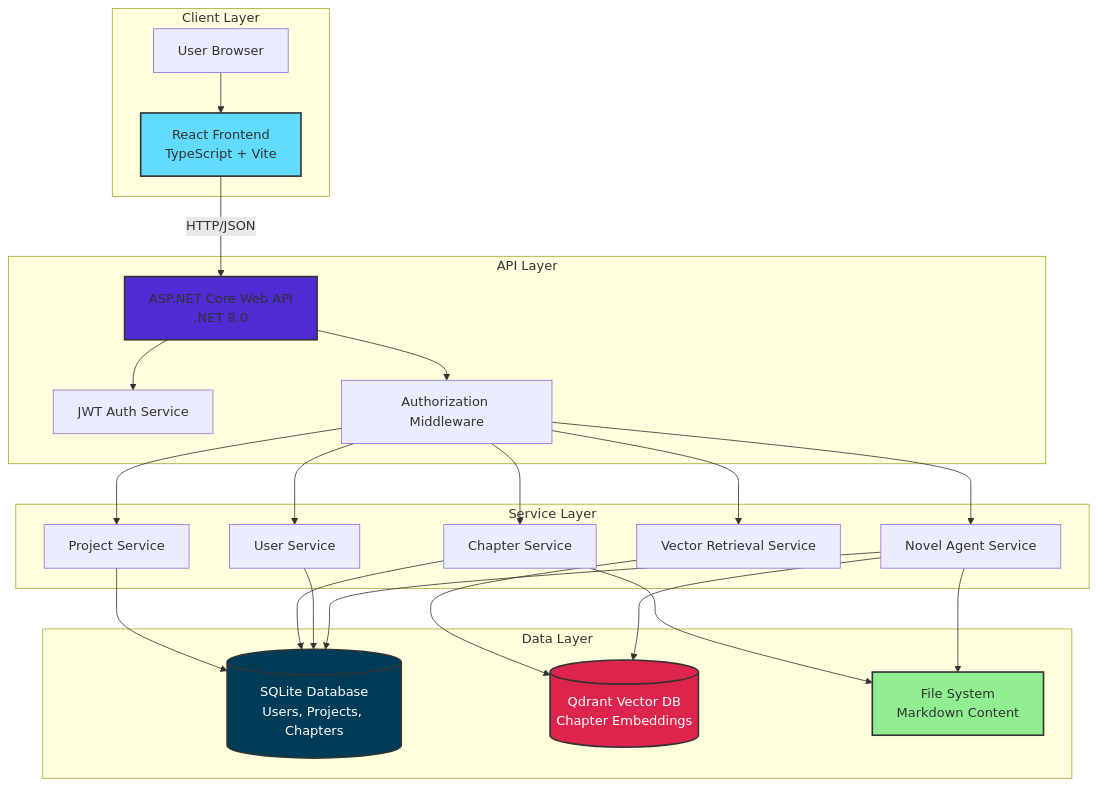
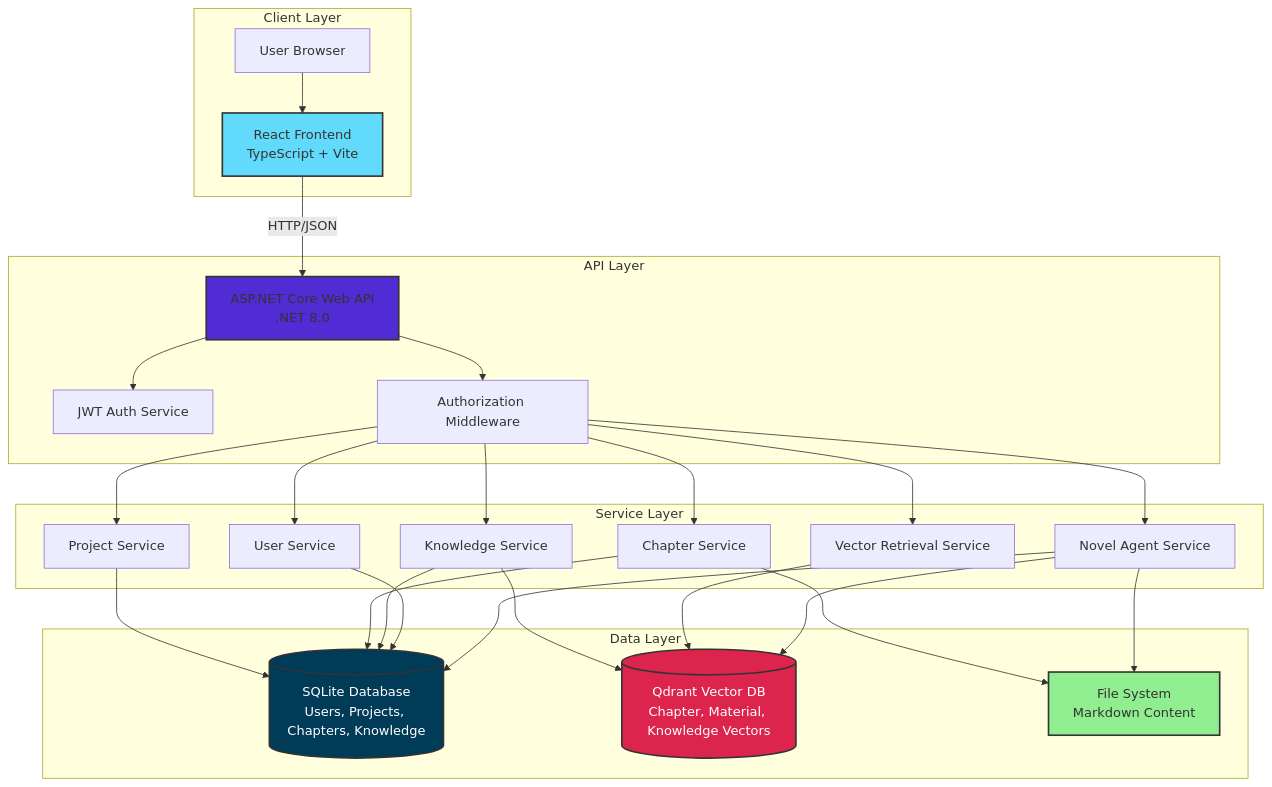
Before and after one commit to lyston11/tianming-agentic-novel-studio: the diagram in Docs/ARCHITECTURE.md, drawn with Mermaid. The commit also changed other lines of this file and 12 other files, not shown here.

````diff
--- a/Docs/ARCHITECTURE.md
+++ b/Docs/ARCHITECTURE.md
@@ -7,52 +7,56 @@
 ```mermaid
 graph TB
     subgraph "Client Layer"
         User[User Browser]
         React[React Frontend<br/>TypeScript + Vite]
     end
     
     subgraph "API Layer"
         API[ASP.NET Core Web API<br/>.NET 8.0]
         Auth[JWT Auth Service]
         Middleware[Authorization Middleware]
     end
     
     subgraph "Service Layer"
         ProjectSvc[Project Service]
         ChapterSvc[Chapter Service]
+        KnowledgeSvc[Knowledge Service]
         VectorSvc[Vector Retrieval Service]
         AgentSvc[Novel Agent Service]
         UserSvc[User Service]
     end
     
     subgraph "Data Layer"
-        SQLite[(SQLite Database<br/>Users, Projects, Chapters)]
-        Qdrant[(Qdrant Vector DB<br/>Chapter Embeddings)]
+        SQLite[(SQLite Database<br/>Users, Projects, Chapters, Knowledge)]
+        Qdrant[(Qdrant Vector DB<br/>Chapter, Material, Knowledge Vectors)]
         Files[File System<br/>Markdown Content]
     end
     
     User --> React
     React -->|HTTP/JSON| API
     API --> Auth
     API --> Middleware
     Middleware --> ProjectSvc
     Middleware --> ChapterSvc
+    Middleware --> KnowledgeSvc
     Middleware --> VectorSvc
     Middleware --> AgentSvc
     Middleware --> UserSvc
     
     ProjectSvc --> SQLite
     ChapterSvc --> SQLite
     ChapterSvc --> Files
+    KnowledgeSvc --> SQLite
+    KnowledgeSvc --> Qdrant
     VectorSvc --> Qdrant
     UserSvc --> SQLite
     AgentSvc --> SQLite
     AgentSvc --> Qdrant
     AgentSvc --> Files
     
     style React fill:#61dafb,stroke:#333,stroke-width:2px
     style API fill:#512bd4,stroke:#333,stroke-width:2px
     style SQLite fill:#003b57,stroke:#333,stroke-width:2px,color:#fff
     style Qdrant fill:#dc244c,stroke:#333,stroke-width:2px,color:#fff
     style Files fill:#90ee90,stroke:#333,stroke-width:2px
 ```
````
